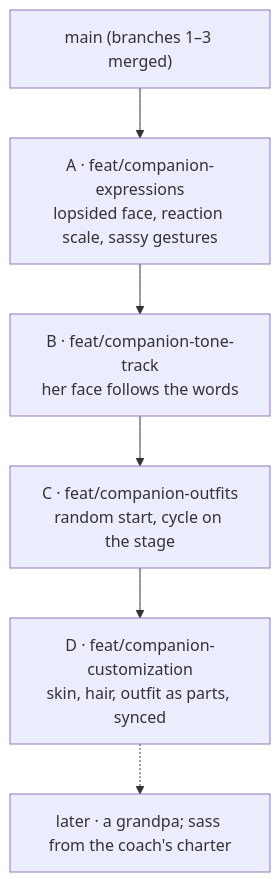
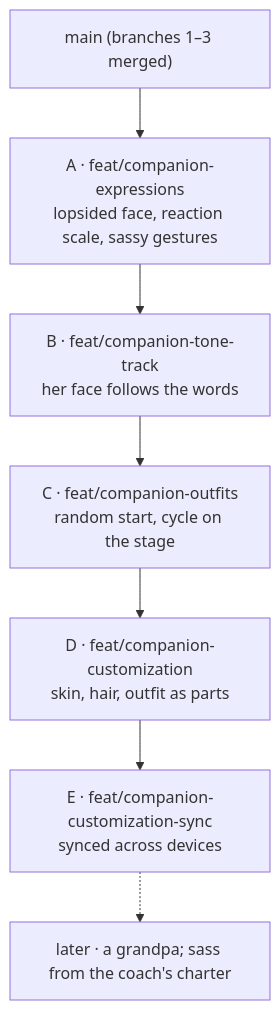
One commit to matthiasn/lotti changed the fourth of 4 diagrams in docs/implementation_plans/2026-10-12_in_app_agent_avatar.md. Above: the diagram before and after it, drawn with Mermaid. The commit also changed other lines of this file and 65 other files, not shown here.

Commit message:
feat(companion): make her your own — skin tone, hairstyle, hair colour and outfit

````diff
--- a/docs/implementation_plans/2026-10-12_in_app_agent_avatar.md
+++ b/docs/implementation_plans/2026-10-12_in_app_agent_avatar.md
@@ -526,9 +526,10 @@
 ```mermaid
 flowchart TD
   M["main (branches 1–3 merged)"] --> A
   A["A · feat/companion-expressions<br/>lopsided face, reaction scale, sassy gestures"] --> B
   B["B · feat/companion-tone-track<br/>her face follows the words"] --> C
   C["C · feat/companion-outfits<br/>random start, cycle on the stage"] --> D
-  D["D · feat/companion-customization<br/>skin, hair, outfit as parts, synced"]
-  D -.-> E["later · a grandpa; sass from the coach's charter"]
+  D["D · feat/companion-customization<br/>skin, hair, outfit as parts"] --> E
+  E["E · feat/companion-customization-sync<br/>synced across devices"]
+  E -.-> F["later · a grandpa; sass from the coach's charter"]
 ```
````
